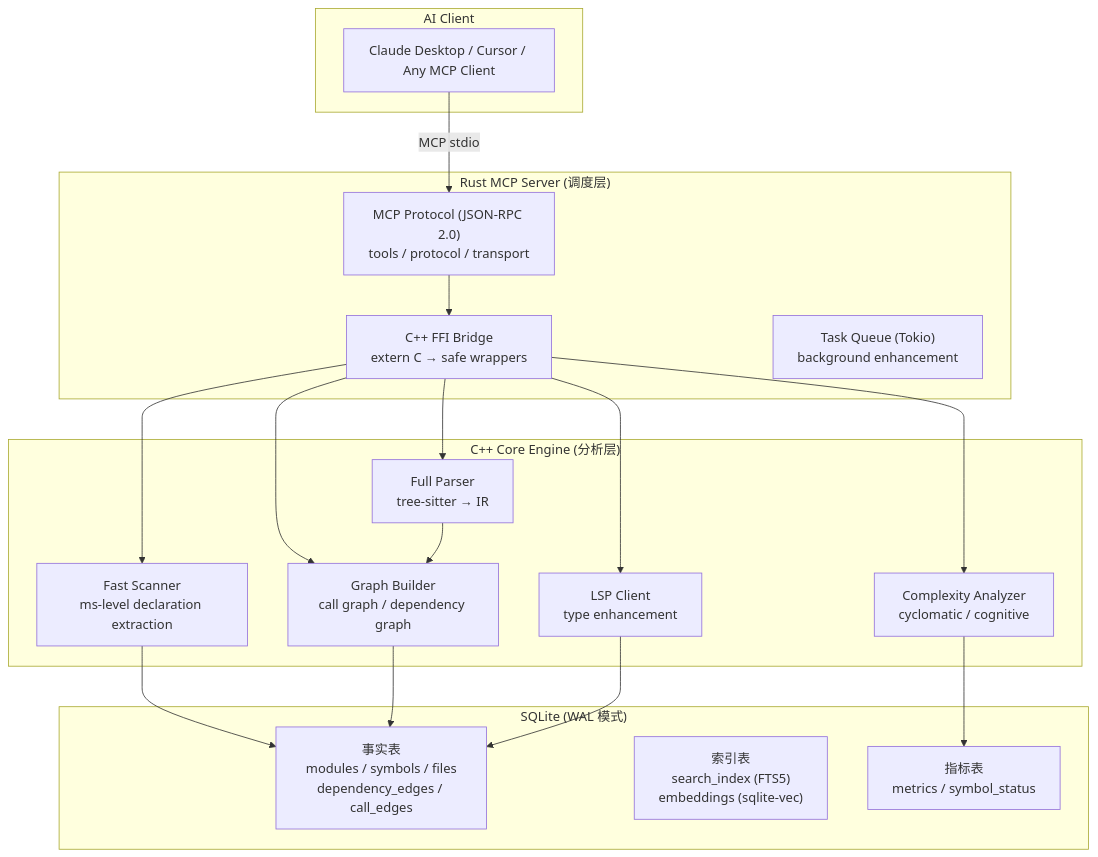
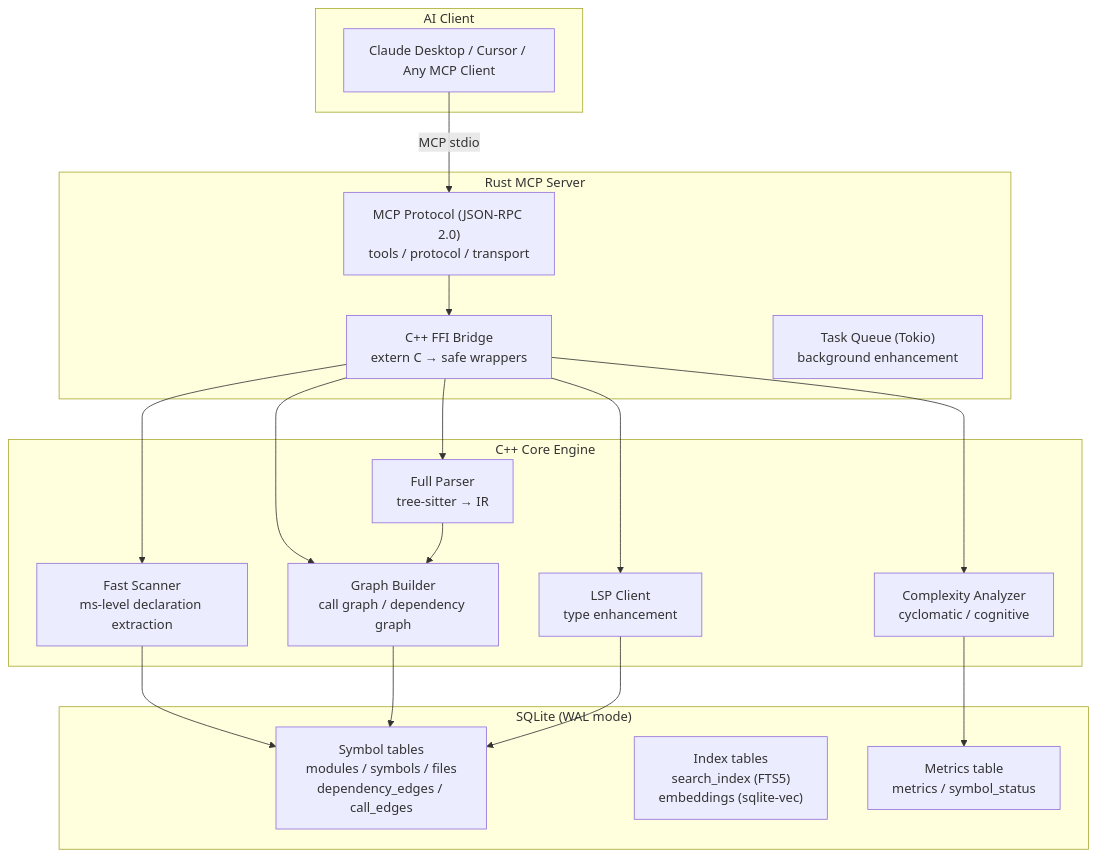
One commit to Timwood0x10/CodeScope changed the first of 3 diagrams in README.md. Above: the diagram before and after it, drawn with Mermaid. The commit also changed other lines of this file and 8 other files, not shown here.

````diff
--- a/README.md
+++ b/README.md
@@ -7,40 +7,40 @@
 ```mermaid
 graph TB
     subgraph "AI Client"
         Client["Claude Desktop / Cursor / Any MCP Client"]
     end
 
-    subgraph "Rust MCP Server (调度层)"
+    subgraph "Rust MCP Server"
         MCP["MCP Protocol (JSON-RPC 2.0)<br/>tools / protocol / transport"]
         FFI["C++ FFI Bridge<br/>extern C → safe wrappers"]
         TQ["Task Queue (Tokio)<br/>background enhancement"]
     end
 
-    subgraph "C++ Core Engine (分析层)"
+    subgraph "C++ Core Engine"
         SCANNER["Fast Scanner<br/>ms-level declaration extraction"]
         PARSER["Full Parser<br/>tree-sitter → IR"]
         GRAPH["Graph Builder<br/>call graph / dependency graph"]
         COMPLEXITY["Complexity Analyzer<br/>cyclomatic / cognitive"]
         LSP["LSP Client<br/>type enhancement"]
     end
 
-    subgraph "SQLite (WAL 模式)"
-        FACTS["事实表<br/>modules / symbols / files<br/>dependency_edges / call_edges"]
-        INDICES["索引表<br/>search_index (FTS5)<br/>embeddings (sqlite-vec)"]
-        METRICS["指标表<br/>metrics / symbol_status"]
+    subgraph "SQLite (WAL mode)"
+        FACTS["Symbol tables<br/>modules / symbols / files<br/>dependency_edges / call_edges"]
+        INDICES["Index tables<br/>search_index (FTS5)<br/>embeddings (sqlite-vec)"]
+        METRICS["Metrics table<br/>metrics / symbol_status"]
     end
 
     Client -->|"MCP stdio"| MCP
     MCP --> FFI
     FFI --> SCANNER
     FFI --> PARSER
     FFI --> GRAPH
     FFI --> COMPLEXITY
     FFI --> LSP
 
     SCANNER --> FACTS
     PARSER --> GRAPH
     GRAPH --> FACTS
     COMPLEXITY --> METRICS
     LSP --> FACTS
 ```
````
